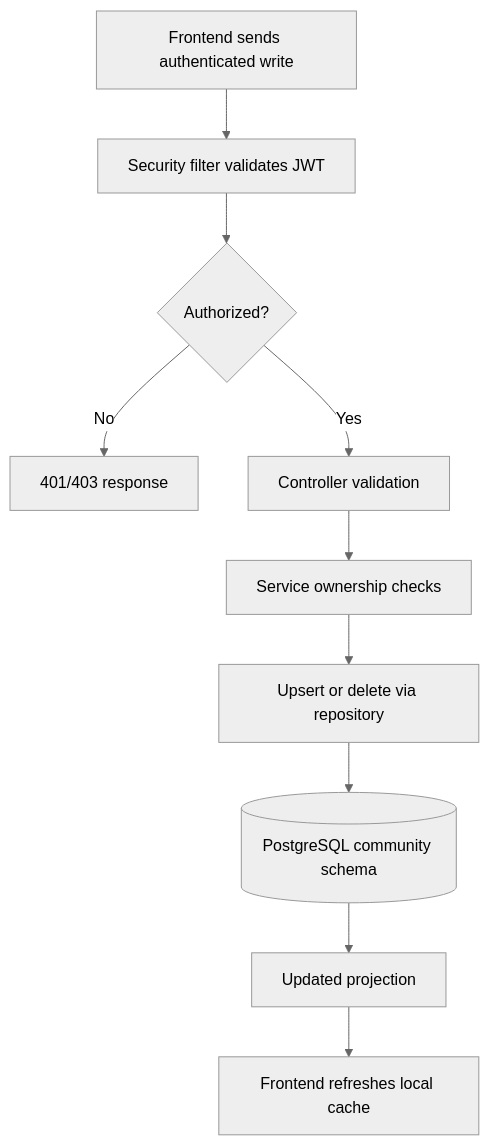
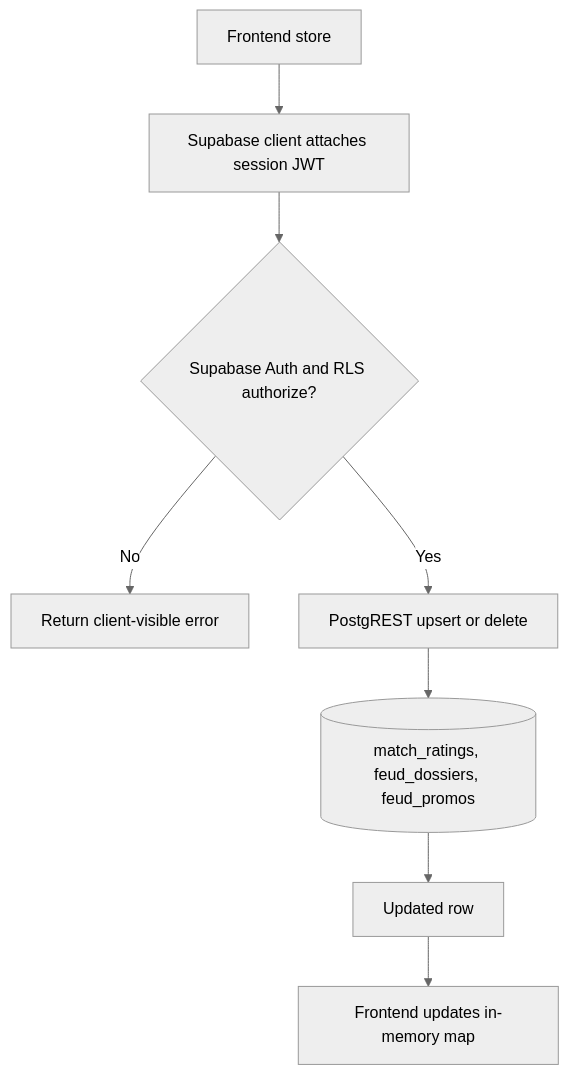
One commit to BitStunner/TopRopes-Backend changed the second of 3 diagrams in docs/architecture/FLOWCHART.md. Above: the diagram before and after it, drawn with Mermaid. The commit also changed other lines of this file and 4 other files, not shown here.

````diff
--- a/docs/architecture/FLOWCHART.md
+++ b/docs/architecture/FLOWCHART.md
@@ -19,13 +19,11 @@
 ```mermaid
 %%{init: {'theme': 'neutral'}}%%
 flowchart TD
-  A[Frontend sends authenticated write] --> B[Security filter validates JWT]
-  B --> C{Authorized?}
-  C -- No --> D[401/403 response]
-  C -- Yes --> E[Controller validation]
-  E --> F[Service ownership checks]
-  F --> G[Upsert or delete via repository]
-  G --> H[(PostgreSQL community schema)]
-  H --> I[Updated projection]
-  I --> J[Frontend refreshes local cache]
+  A[Frontend store] --> B[Supabase client attaches session JWT]
+  B --> C{Supabase Auth and RLS authorize?}
+  C -- No --> D[Return client-visible error]
+  C -- Yes --> E[PostgREST upsert or delete]
+  E --> F[(match_ratings, feud_dossiers, feud_promos)]
+  F --> G[Updated row]
+  G --> H[Frontend updates in-memory map]
 ```
````
